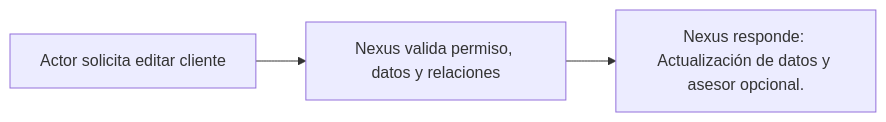
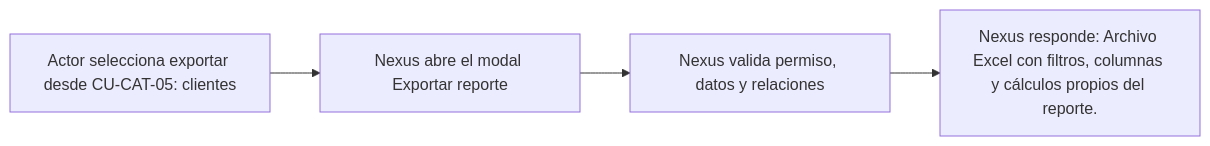
Before and after one commit to gpgsistemas01/nexus: the diagram in docs/requirements/diagrams/catalogs/cu-cat-08.md, drawn with Mermaid. The commit also changed other lines of this file and 167 other files, not shown here.

````diff
--- a/docs/requirements/diagrams/catalogs/cu-cat-08.md
+++ b/docs/requirements/diagrams/catalogs/cu-cat-08.md
@@ -3,5 +3,6 @@
 ```mermaid
 flowchart LR
-    request["Actor solicita editar cliente"] --> validate["Nexus valida permiso, datos y relaciones"]
-    validate --> result["Nexus responde: Actualización de datos y asesor opcional."]
+    request["Actor selecciona exportar desde CU-CAT-05: clientes"] --> modal["Nexus abre el modal Exportar reporte"]
+    modal --> validate["Nexus valida permiso, datos y relaciones"]
+    validate --> result["Nexus responde: Archivo Excel con filtros, columnas y cálculos propios del reporte."]
 ```
````
